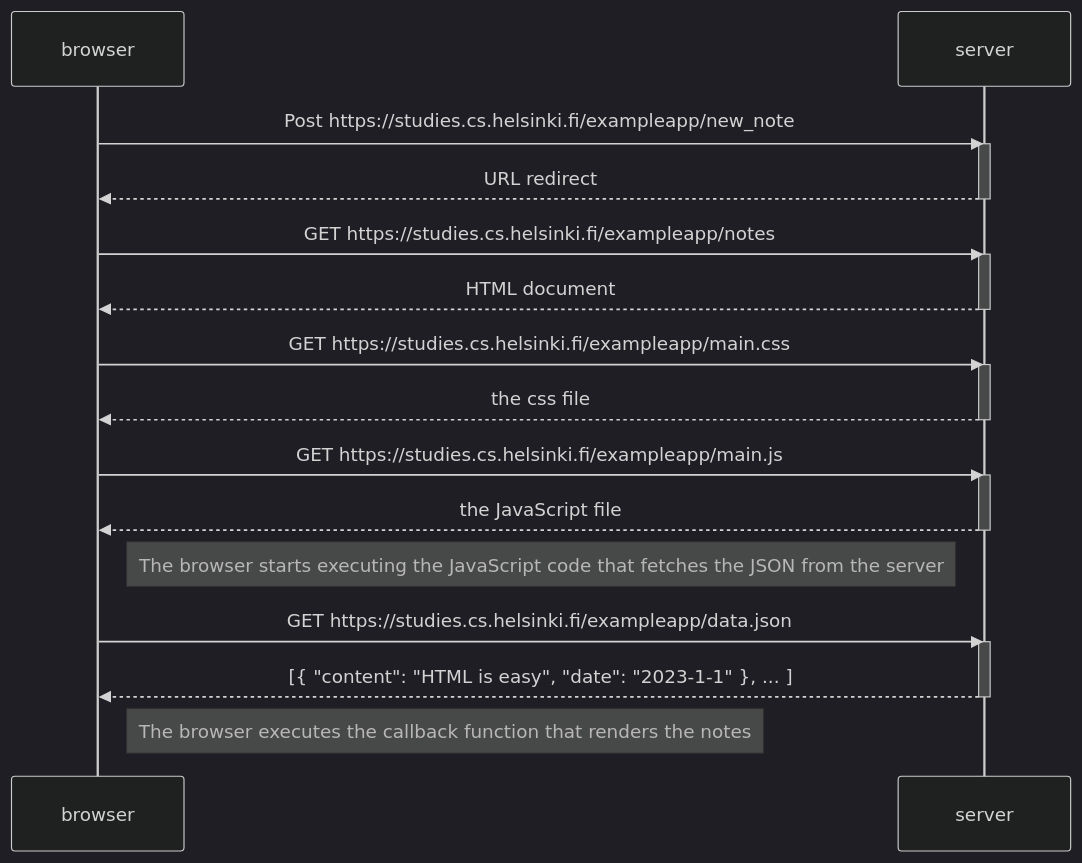
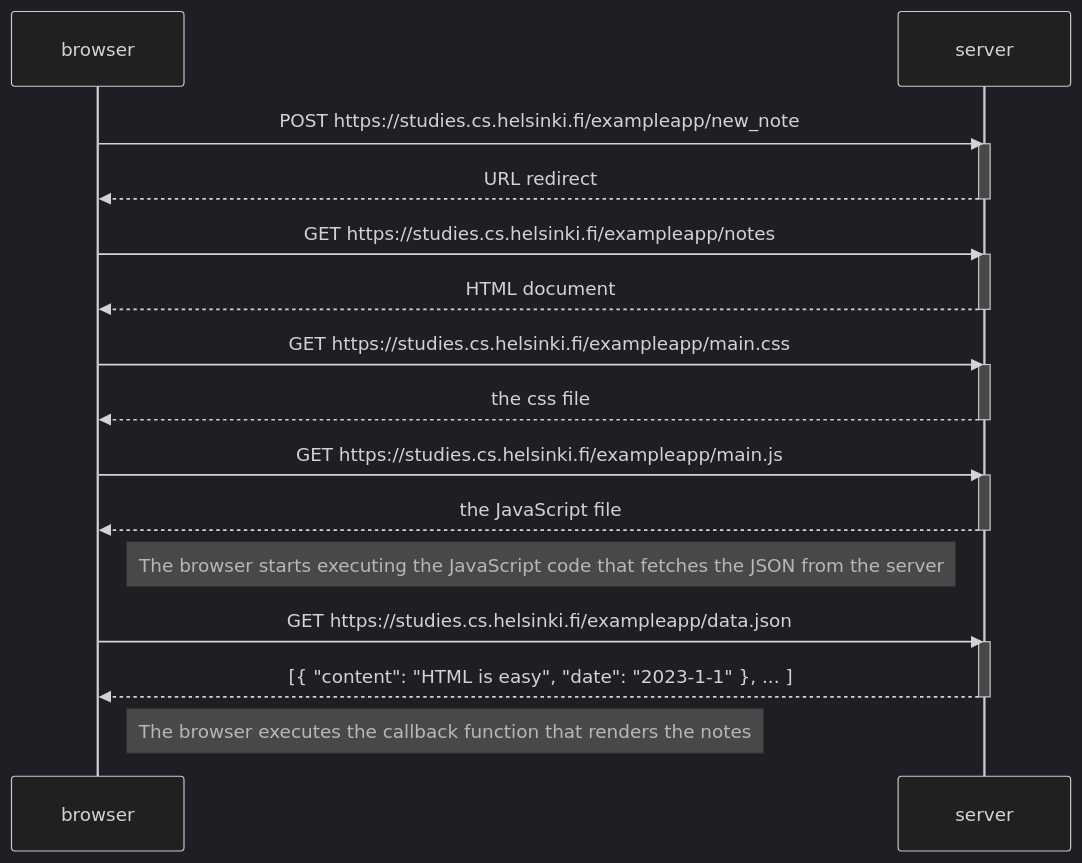
The diagram in Part0/New_note_diagram.md (Ahmed3atef/Full-Stack-open-Submission-Exercises-repo), drawn with Mermaid (dark theme) before and after one commit.

Commit message:
fix: capitalize post

````diff
--- a/Part0/New_note_diagram.md
+++ b/Part0/New_note_diagram.md
@@ -1,35 +1,35 @@
 ```mermaid
 sequenceDiagram
     participant browser
     participant server
 
-    browser->>server: Post https://studies.cs.helsinki.fi/exampleapp/new_note
+    browser->>server: POST https://studies.cs.helsinki.fi/exampleapp/new_note
     activate server
     server-->>browser: URL redirect
     deactivate server
 
     browser->>server: GET https://studies.cs.helsinki.fi/exampleapp/notes
     activate server
     server-->>browser: HTML document
     deactivate server
 
     browser->>server: GET https://studies.cs.helsinki.fi/exampleapp/main.css
     activate server
     server-->>browser: the css file
     deactivate server
 
     browser->>server: GET https://studies.cs.helsinki.fi/exampleapp/main.js
     activate server
     server-->>browser: the JavaScript file
     deactivate server
 
     Note right of browser: The browser starts executing the JavaScript code that fetches the JSON from the server
 
     browser->>server: GET https://studies.cs.helsinki.fi/exampleapp/data.json
     activate server
     server-->>browser: [{ "content": "HTML is easy", "date": "2023-1-1" }, ... ]
     deactivate server
 
     Note right of browser: The browser executes the callback function that renders the notes
 
 ```
````
